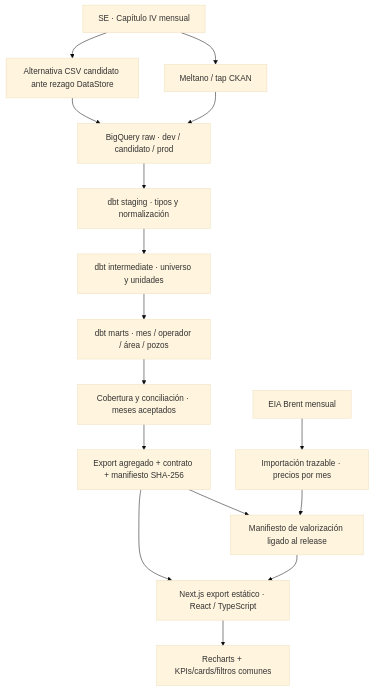
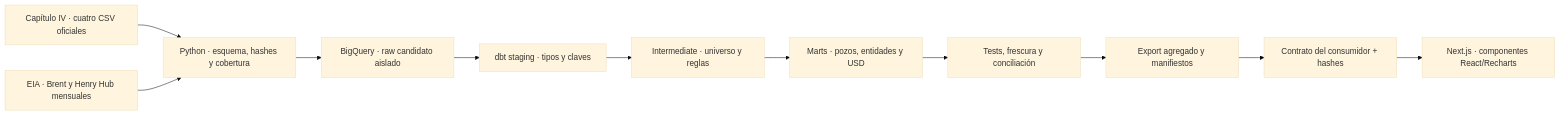
One commit to nrohland/vaca-muerta-en-datos changed the diagram in docs/architecture.md. Above: the diagram before and after it, drawn with Mermaid (base theme). The commit also changed other lines of this file and 25 other files, not shown here.

````diff
--- a/docs/architecture.md
+++ b/docs/architecture.md
@@ -7,18 +7,13 @@
 ```mermaid
-flowchart TB
-  CAP["SE · Capítulo IV mensual"] --> MEL["Meltano / tap CKAN"]
-  CAP --> CSV["Alternativa CSV candidato ante rezago DataStore"]
-  MEL --> RAW["BigQuery raw · dev / candidato / prod"]
-  CSV --> RAW
-  RAW --> STG["dbt staging · tipos y normalización"]
-  STG --> INT["dbt intermediate · universo y unidades"]
-  INT --> MART["dbt marts · mes / operador / área / pozos"]
-  MART --> GATE["Cobertura y conciliación · meses aceptados"]
-  GATE --> RELEASE["Export agregado + contrato + manifiesto SHA-256"]
-  EIA["EIA Brent mensual"] --> IMPORT["Importación trazable · precios por mes"]
-  IMPORT --> BIND["Manifiesto de valorización ligado al release"]
-  RELEASE --> BIND
-  RELEASE --> APP["Next.js export estático · React / TypeScript"]
-  BIND --> APP
-  APP --> UI["Recharts + KPIs/cards/filtros comunes"]
+flowchart LR
+  SE["Capítulo IV · cuatro CSV oficiales"] --> PY["Python · esquema, hashes y cobertura"]
+  EIA["EIA · Brent y Henry Hub mensuales"] --> PY
+  PY --> RAW["BigQuery · raw candidato aislado"]
+  RAW --> STG["dbt staging · tipos y claves"]
+  STG --> INT["Intermediate · universo y reglas"]
+  INT --> MART["Marts · pozos, entidades y USD"]
+  MART --> GATE["Tests, frescura y conciliación"]
+  GATE --> EXPORT["Export agregado y manifiestos"]
+  EXPORT --> CHECK["Contrato del consumidor + hashes"]
+  CHECK --> WEB["Next.js · componentes React/Recharts"]
 ```
````
